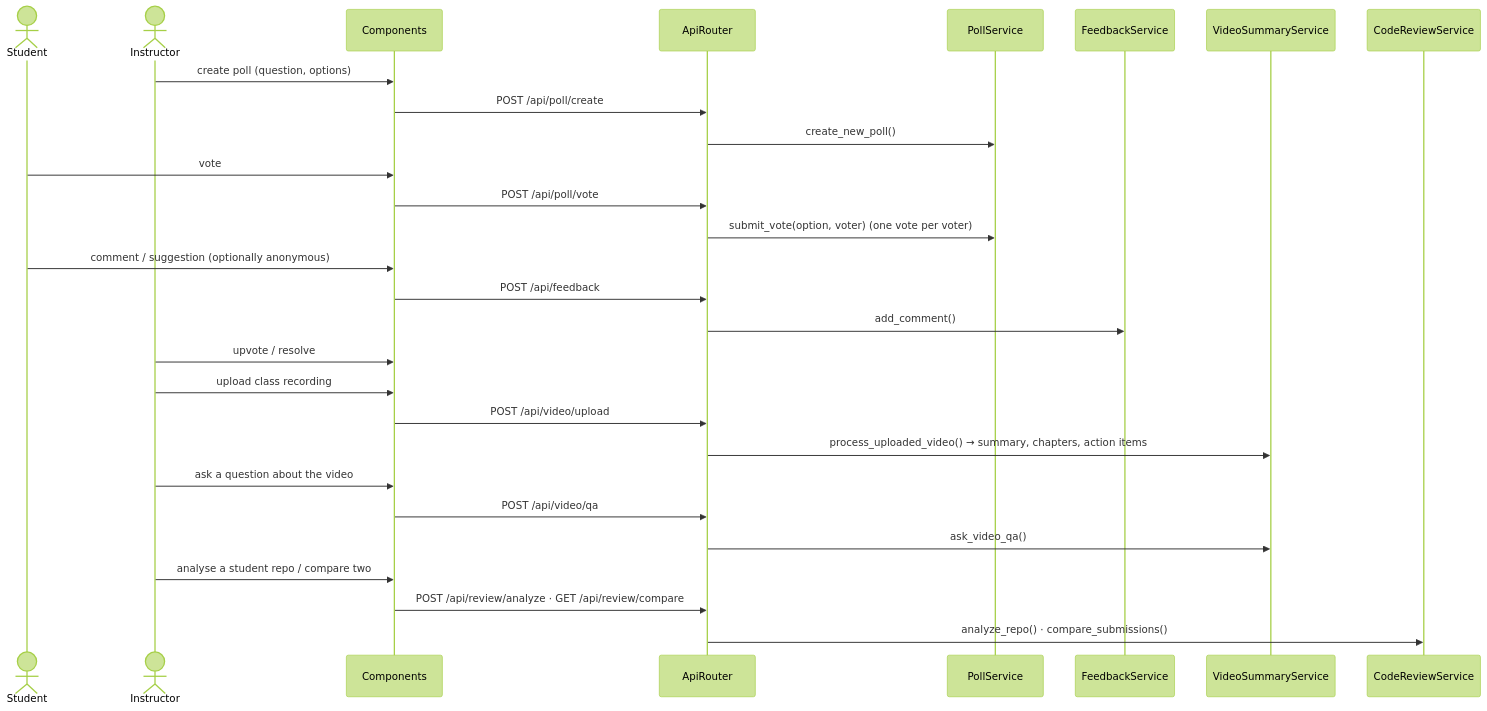
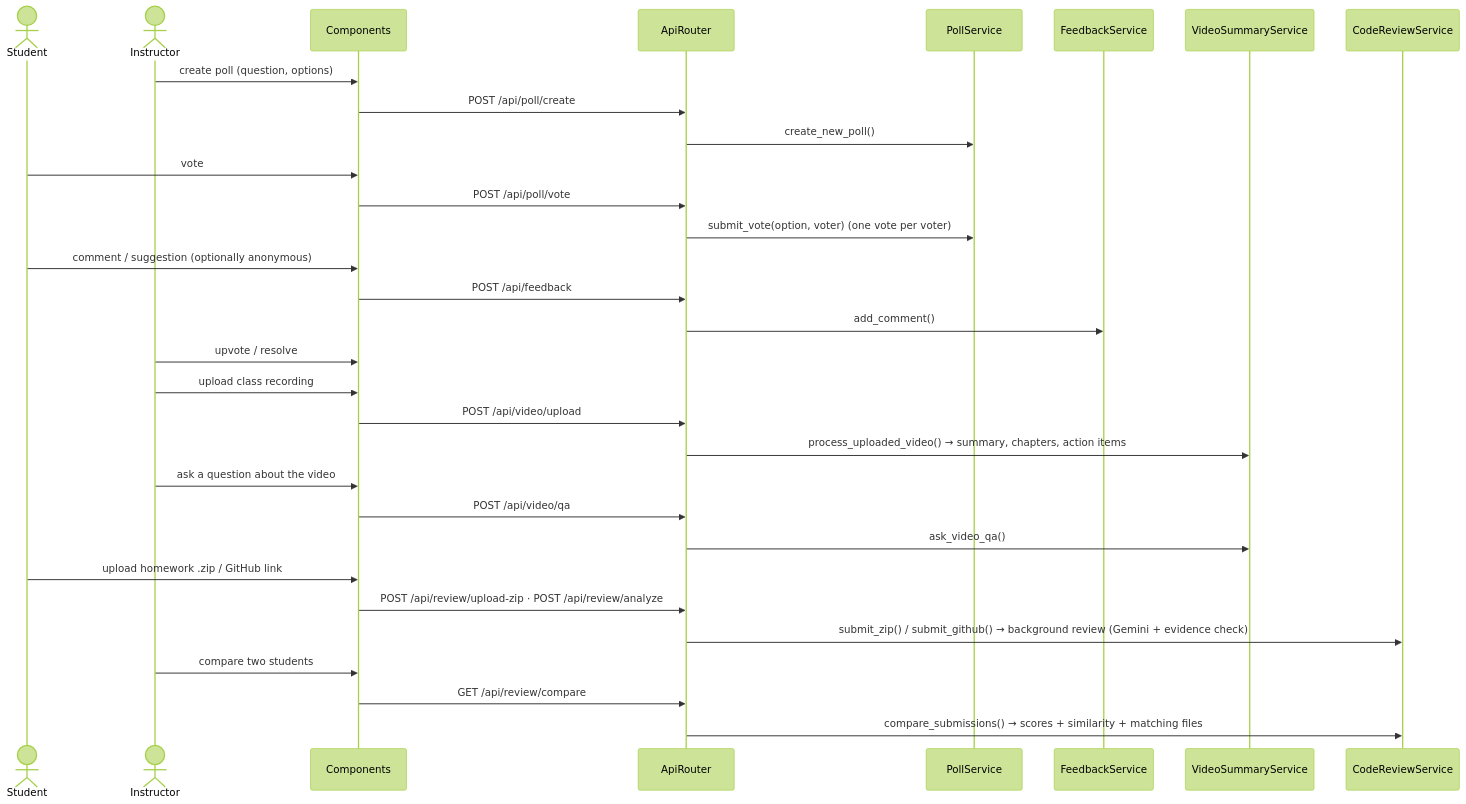
The eighth of 9 diagrams in docs/07_sequence_diagrams.md (nilco142199-wq/i2seex2), drawn with Mermaid (forest theme) before and after one commit. The commit also changed other lines of this file and 22 other files, not shown here.

First line of the commit message:
Real homework deep review with comparison between students

````diff
--- a/docs/07_sequence_diagrams.md
+++ b/docs/07_sequence_diagrams.md
@@ -259,34 +259,37 @@
 ```mermaid
 sequenceDiagram
     actor St as Student
     actor I as Instructor
     participant FE as Components
     participant R as ApiRouter
     participant P as PollService
     participant F as FeedbackService
     participant V as VideoSummaryService
     participant C as CodeReviewService
 
     I->>FE: create poll (question, options)
     FE->>R: POST /api/poll/create
     R->>P: create_new_poll()
     St->>FE: vote
     FE->>R: POST /api/poll/vote
     R->>P: submit_vote(option, voter) (one vote per voter)
 
     St->>FE: comment / suggestion (optionally anonymous)
     FE->>R: POST /api/feedback
     R->>F: add_comment()
     I->>FE: upvote / resolve
 
     I->>FE: upload class recording
     FE->>R: POST /api/video/upload
     R->>V: process_uploaded_video() → summary, chapters, action items
     I->>FE: ask a question about the video
     FE->>R: POST /api/video/qa
     R->>V: ask_video_qa()
 
-    I->>FE: analyse a student repo / compare two
-    FE->>R: POST /api/review/analyze · GET /api/review/compare
-    R->>C: analyze_repo() · compare_submissions()
+    St->>FE: upload homework .zip / GitHub link
+    FE->>R: POST /api/review/upload-zip · POST /api/review/analyze
+    R->>C: submit_zip() / submit_github() → background review (Gemini + evidence check)
+    I->>FE: compare two students
+    FE->>R: GET /api/review/compare
+    R->>C: compare_submissions() → scores + similarity + matching files
 ```
````
